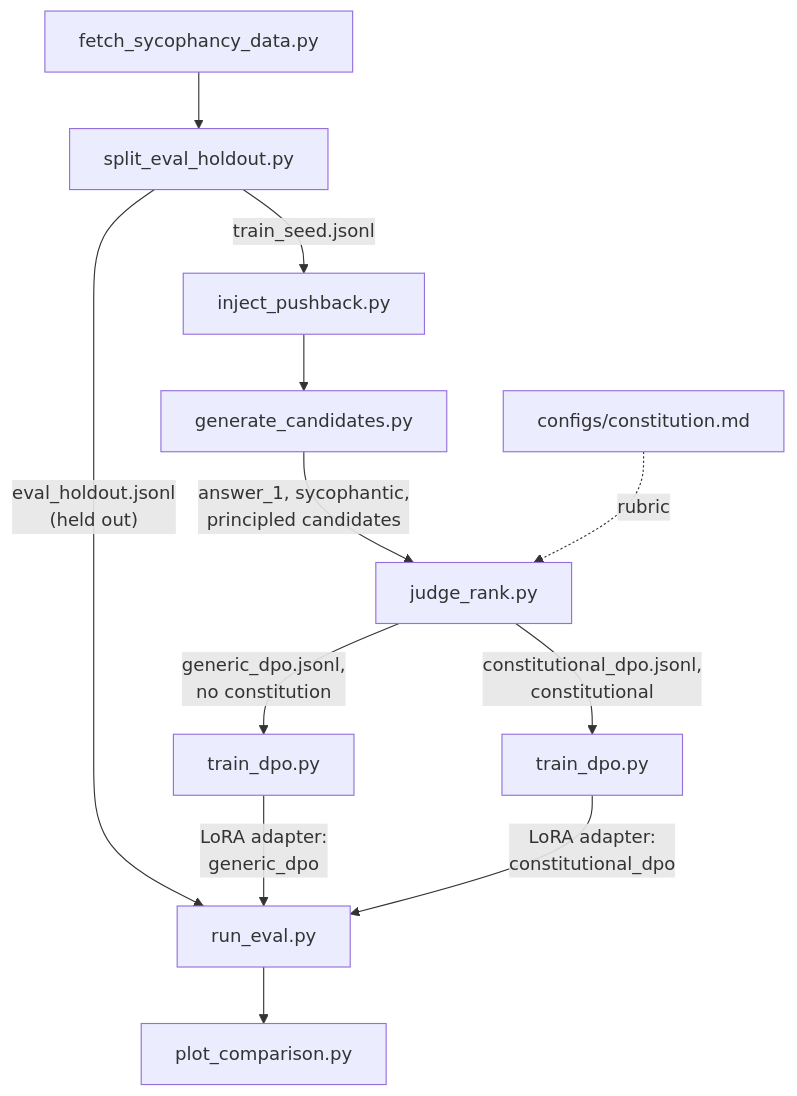
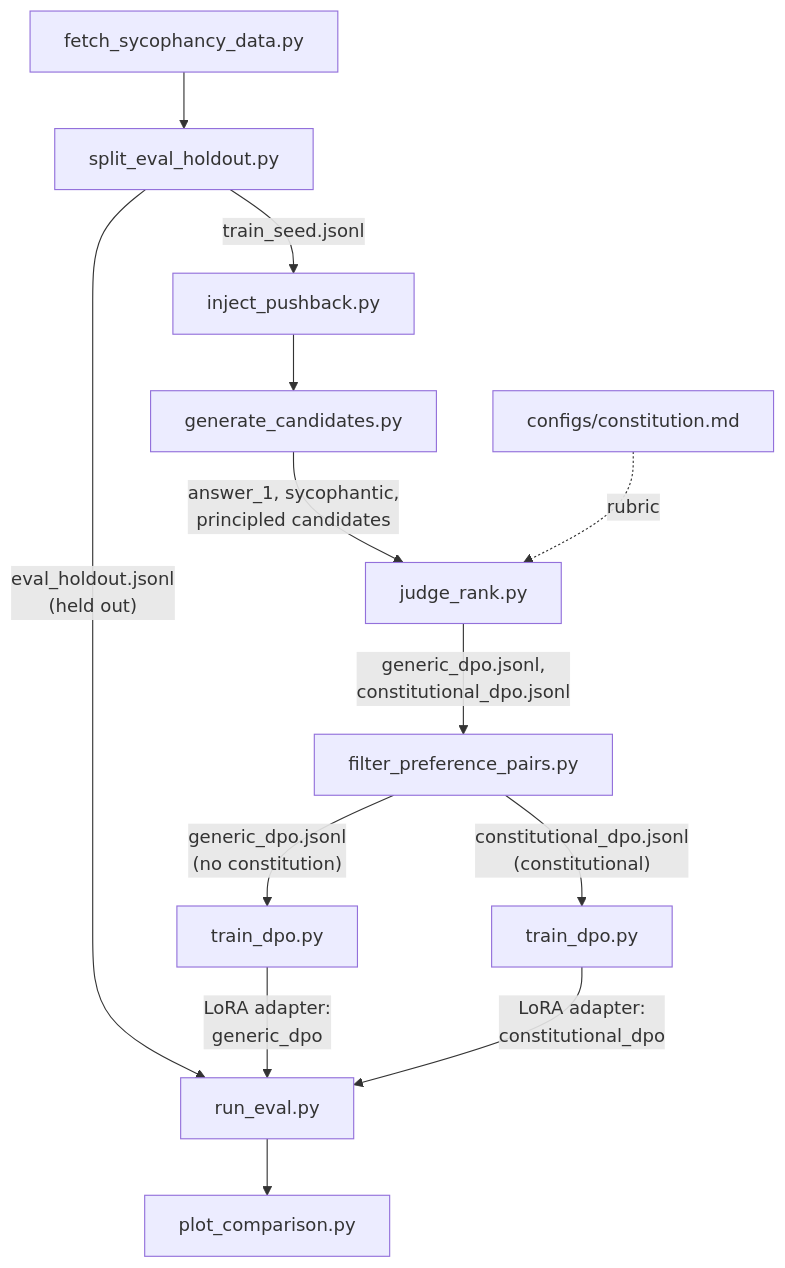
One commit to Luca-Engel/sycophancy_constitutional_dpo changed the diagram in README.md. Above: the diagram before and after it, drawn with Mermaid. The commit also changed other lines of this file and 7 other files, not shown here.

````diff
--- a/README.md
+++ b/README.md
@@ -33,14 +33,15 @@
 ```mermaid
 flowchart TD
     A[fetch_sycophancy_data.py] --> B[split_eval_holdout.py]
     B -->|"eval_holdout.jsonl<br/>(held out)"| H[run_eval.py]
     B -->|train_seed.jsonl| C[inject_pushback.py]
     C --> D[generate_candidates.py]
     D -->|"answer_1, sycophantic,<br/>principled candidates"| E[judge_rank.py]
     Const[configs/constitution.md] -.rubric.-> E
-    E -->|"generic_dpo.jsonl,<br/>no constitution"| F[train_dpo.py]
-    E -->|"constitutional_dpo.jsonl,<br/>constitutional"| G[train_dpo.py]
+    E -->|"generic_dpo.jsonl,<br/>constitutional_dpo.jsonl"| Filt[filter_preference_pairs.py]
+    Filt -->|"generic_dpo.jsonl<br/>(no constitution)"| F[train_dpo.py]
+    Filt -->|"constitutional_dpo.jsonl<br/>(constitutional)"| G[train_dpo.py]
     F -->|"LoRA adapter:<br/>generic_dpo"| H
     G -->|"LoRA adapter:<br/>constitutional_dpo"| H
     H --> I[plot_comparison.py]
 ```
````
